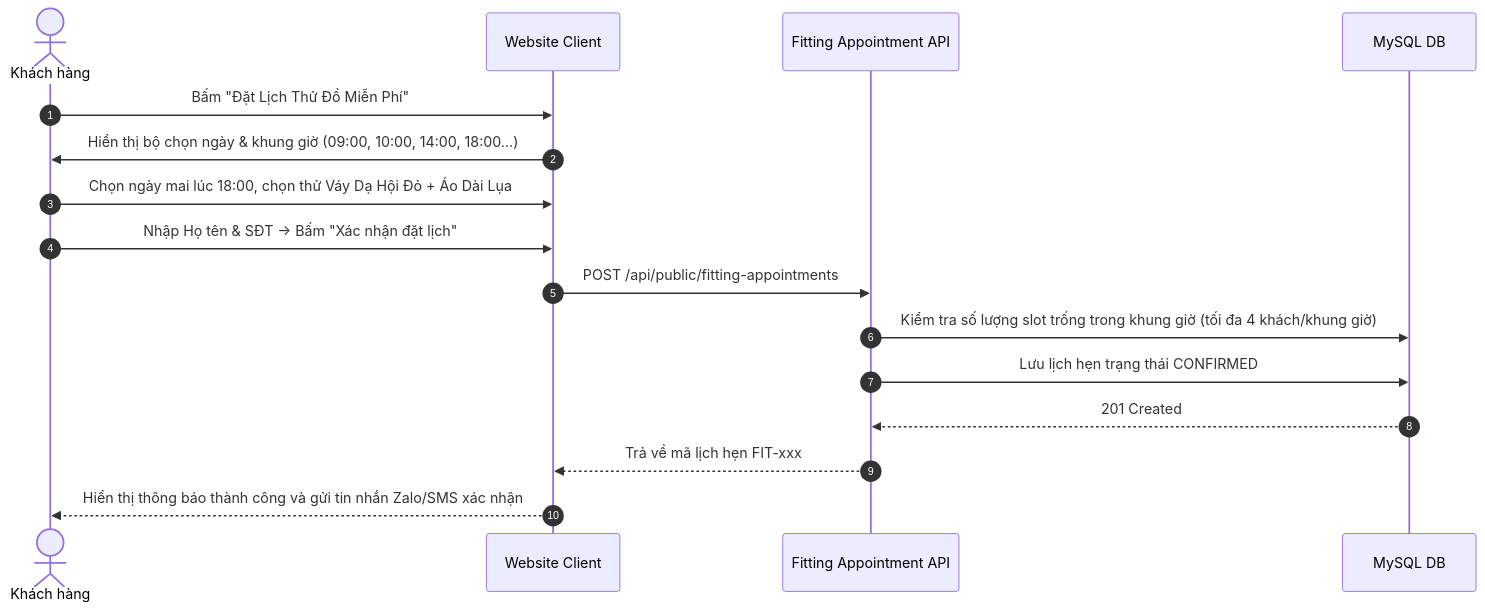
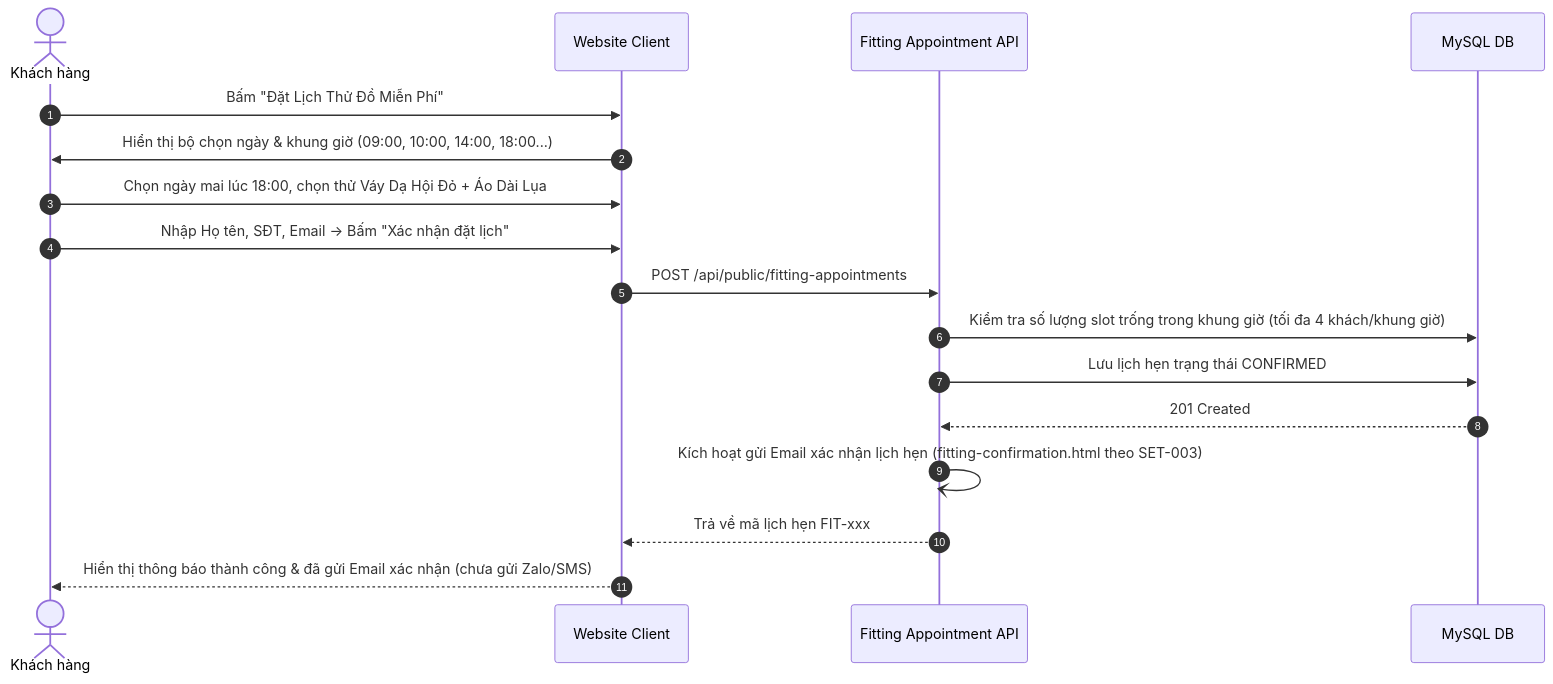
The diagram in docs/features/booking/BOK-010-dat-lich-thu-do-showroom.md (Exorcist11/chickie-studio), drawn with Mermaid before and after one commit. The commit also changed other lines of this file and 16 other files, not shown here.

````diff
--- a/docs/features/booking/BOK-010-dat-lich-thu-do-showroom.md
+++ b/docs/features/booking/BOK-010-dat-lich-thu-do-showroom.md
@@ -48,19 +48,20 @@
 ```mermaid
 sequenceDiagram
     autonumber
     actor Customer as Khách hàng
     participant Client as Website Client
     participant API as Fitting Appointment API
     participant DB as MySQL DB
 
     Customer->>Client: Bấm "Đặt Lịch Thử Đồ Miễn Phí"
     Client->>Customer: Hiển thị bộ chọn ngày & khung giờ (09:00, 10:00, 14:00, 18:00...)
     Customer->>Client: Chọn ngày mai lúc 18:00, chọn thử Váy Dạ Hội Đỏ + Áo Dài Lụa
-    Customer->>Client: Nhập Họ tên & SĐT -> Bấm "Xác nhận đặt lịch"
+    Customer->>Client: Nhập Họ tên, SĐT, Email -> Bấm "Xác nhận đặt lịch"
     Client->>API: POST /api/public/fitting-appointments
     API->>DB: Kiểm tra số lượng slot trống trong khung giờ (tối đa 4 khách/khung giờ)
     API->>DB: Lưu lịch hẹn trạng thái CONFIRMED
     DB-->>API: 201 Created
+    API-)API: Kích hoạt gửi Email xác nhận lịch hẹn (fitting-confirmation.html theo SET-003)
     API-->>Client: Trả về mã lịch hẹn FIT-xxx
-    Client-->>Customer: Hiển thị thông báo thành công và gửi tin nhắn Zalo/SMS xác nhận
+    Client-->>Customer: Hiển thị thông báo thành công & đã gửi Email xác nhận (chưa gửi Zalo/SMS)
 ```
````
